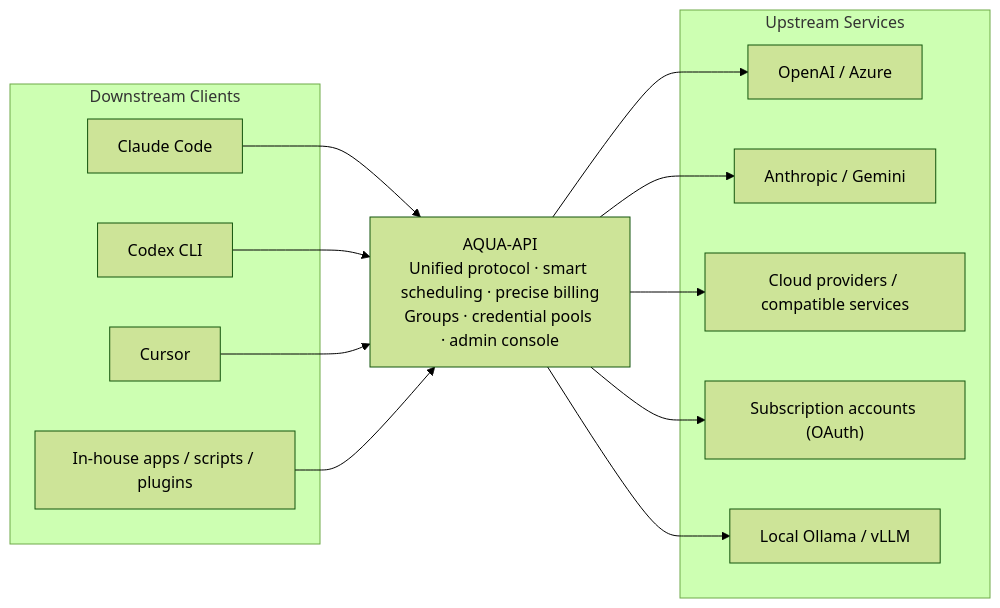
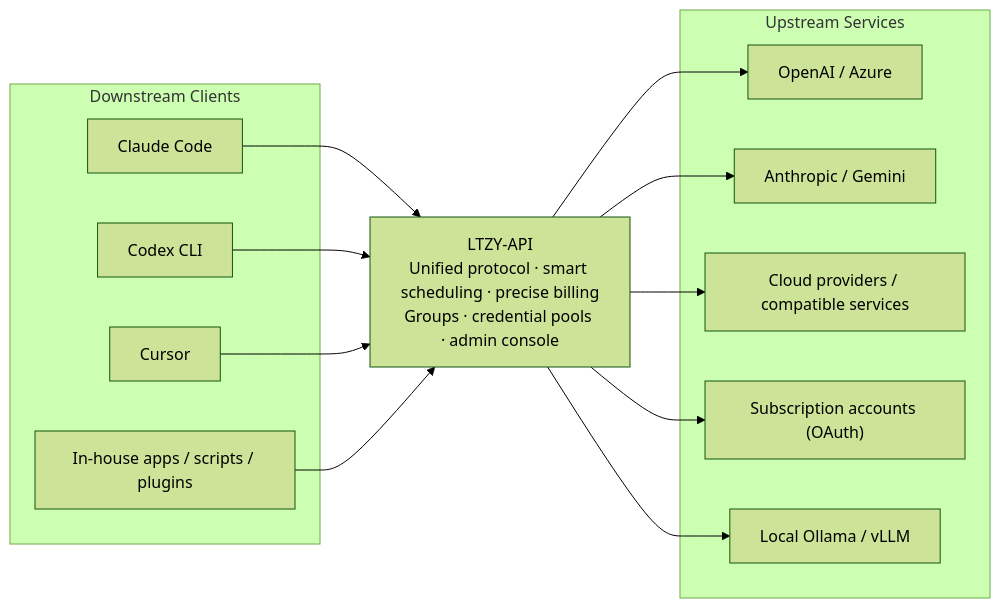
Before and after one commit to LTZY-ACU/AQUA-API: the first of 5 diagrams in README.en.md, drawn with Mermaid (forest theme). The commit also changed other lines of this file and 312 other files, not shown here.

First line of the commit message:
合并上游 LTZY-API：品牌更名 + 他人 60 条提交

````diff
--- a/README.en.md
+++ b/README.en.md
@@ -112,29 +114,29 @@
 ```mermaid
 flowchart LR
     subgraph C["Downstream Clients"]
         C1["Claude Code"]
         C2["Codex CLI"]
         C3["Cursor"]
         C4["In-house apps / scripts / plugins"]
     end
 
-    AQUA["AQUA-API<br/>Unified protocol · smart scheduling · precise billing<br/>Groups · credential pools · admin console"]
+    LTZY["LTZY-API<br/>Unified protocol · smart scheduling · precise billing<br/>Groups · credential pools · admin console"]
 
     subgraph U["Upstream Services"]
         U1["OpenAI / Azure"]
         U2["Anthropic / Gemini"]
         U3["Cloud providers / compatible services"]
         U4["Subscription accounts (OAuth)"]
         U5["Local Ollama / vLLM"]
     end
 
-    C1 --> AQUA
-    C2 --> AQUA
-    C3 --> AQUA
-    C4 --> AQUA
-    AQUA --> U1
-    AQUA --> U2
-    AQUA --> U3
-    AQUA --> U4
-    AQUA --> U5
+    C1 --> LTZY
+    C2 --> LTZY
+    C3 --> LTZY
+    C4 --> LTZY
+    LTZY --> U1
+    LTZY --> U2
+    LTZY --> U3
+    LTZY --> U4
+    LTZY --> U5
 ```
````
